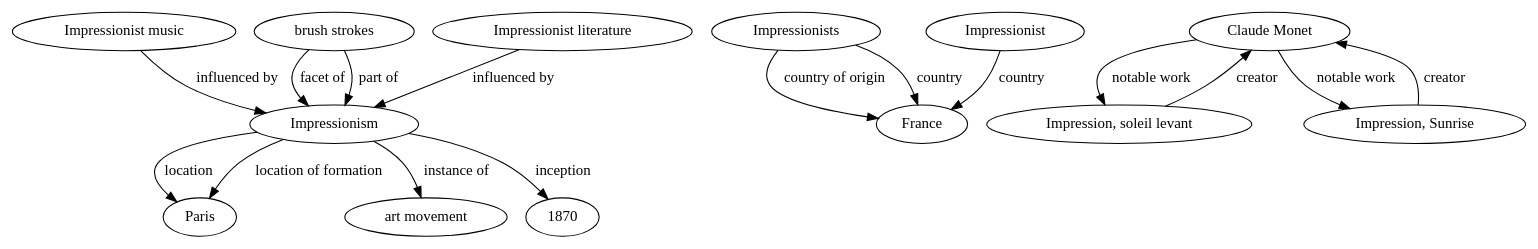
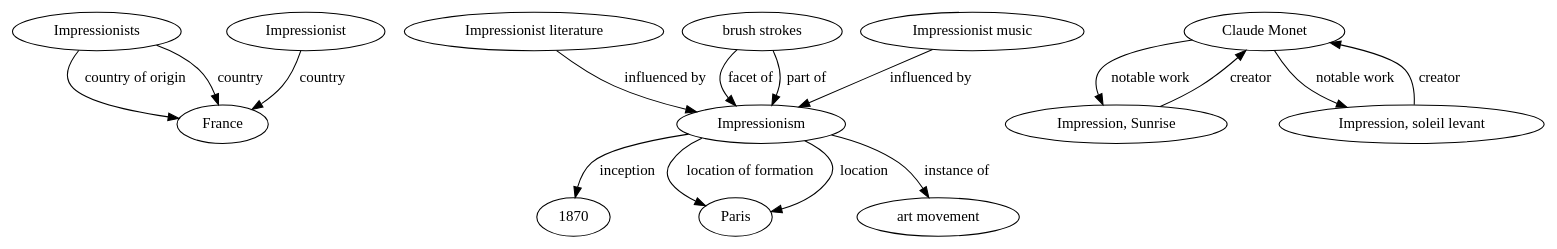
Before and after one commit to N-Shimoda/KG-MCQA: the diagram in param-search/graphs/rebel/sent/Impressionism.dot, drawn with Graphviz. The commit also changed other lines of this file and 9 other files, not shown here.

```diff
--- a/param-search/graphs/rebel/sent/Impressionism.dot
+++ b/param-search/graphs/rebel/sent/Impressionism.dot
@@ -1,33 +1,33 @@
 digraph RDFGraph {
 	// Nodes
-	"Impressionist music";
-	"brush strokes";
 	"Impressionists";
 	"Impressionist literature";
 	"Claude Monet";
 	"Impressionism";
+	"Impressionist";
+	"Impression, Sunrise";
 	"Impression, soleil levant";
-	"Impression, Sunrise";
-	"Impressionist";
+	"brush strokes";
+	"Impressionist music";
+	"1870";
 	"France";
 	"Paris";
 	"art movement";
-	"1870";
 
 	// Edges
+	"Impressionism" -> "art movement" [label="instance of"];
 	"brush strokes" -> "Impressionism" [label="facet of"];
 	"brush strokes" -> "Impressionism" [label="part of"];
-	"Impressionism" -> "art movement" [label="instance of"];
-	"Impressionism" -> "Paris" [label="location"];
 	"Impressionism" -> "Paris" [label="location of formation"];
 	"Impressionism" -> "1870" [label="inception"];
+	"Impressionism" -> "Paris" [label="location"];
 	"Impressionists" -> "France" [label="country of origin"];
+	"Impressionist" -> "France" [label="country"];
 	"Impressionists" -> "France" [label="country"];
-	"Impressionist" -> "France" [label="country"];
+	"Claude Monet" -> "Impression, Sunrise" [label="notable work"];
+	"Claude Monet" -> "Impression, soleil levant" [label="notable work"];
+	"Impression, soleil levant" -> "Claude Monet" [label="creator"];
 	"Impression, Sunrise" -> "Claude Monet" [label="creator"];
-	"Impression, soleil levant" -> "Claude Monet" [label="creator"];
-	"Claude Monet" -> "Impression, soleil levant" [label="notable work"];
-	"Claude Monet" -> "Impression, Sunrise" [label="notable work"];
 	"Impressionist music" -> "Impressionism" [label="influenced by"];
 	"Impressionist literature" -> "Impressionism" [label="influenced by"];
 }
```
